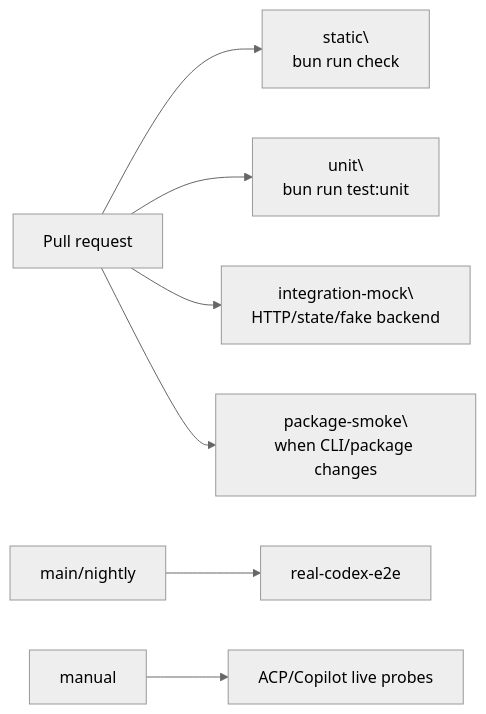
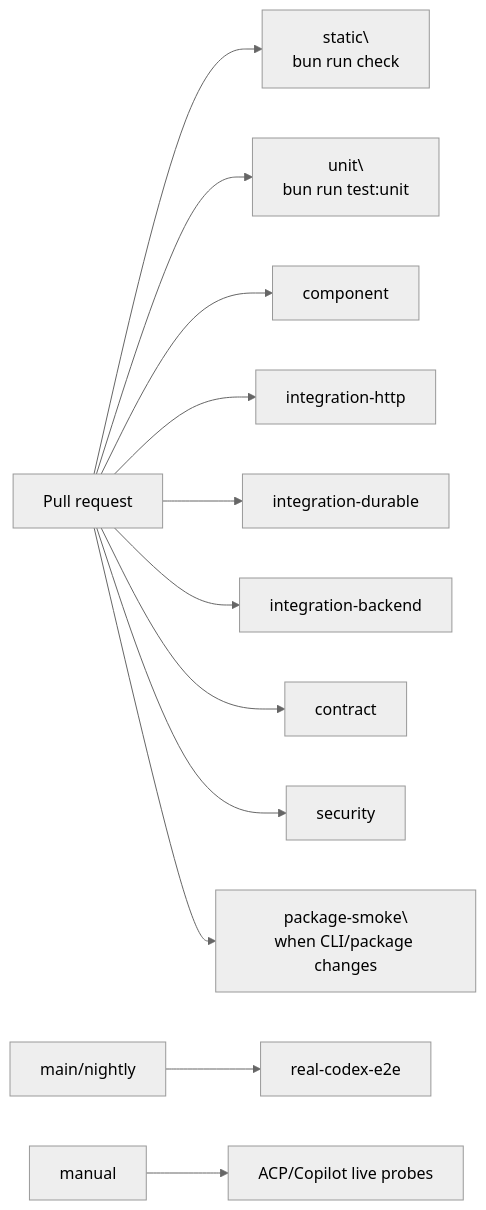
Before and after one commit to LaChimere/volare: the second of 2 diagrams in plans/testing-architecture/arch.md, drawn with Mermaid (neutral theme). The commit also changed other lines of this file and 1 other file, not shown here.

First line of the commit message:
docs(testing): add testing architecture design

````diff
--- a/plans/testing-architecture/arch.md
+++ b/plans/testing-architecture/arch.md
@@ -333,9 +335,14 @@
 ```mermaid
 graph LR
   PR[Pull request] --> Static[static\\nbun run check]
   PR --> Unit[unit\\nbun run test:unit]
-  PR --> MockIT[integration-mock\\nHTTP/state/fake backend]
+  PR --> Component[component]
+  PR --> HTTPIT[integration-http]
+  PR --> Durable[integration-durable]
+  PR --> BackendIT[integration-backend]
+  PR --> Contract[contract]
+  PR --> Security[security]
   PR --> Package[package-smoke\\nwhen CLI/package changes]
   Main[main/nightly] --> RealCodex[real-codex-e2e]
   Manual[manual] --> Live[ACP/Copilot live probes]
 ```
````
